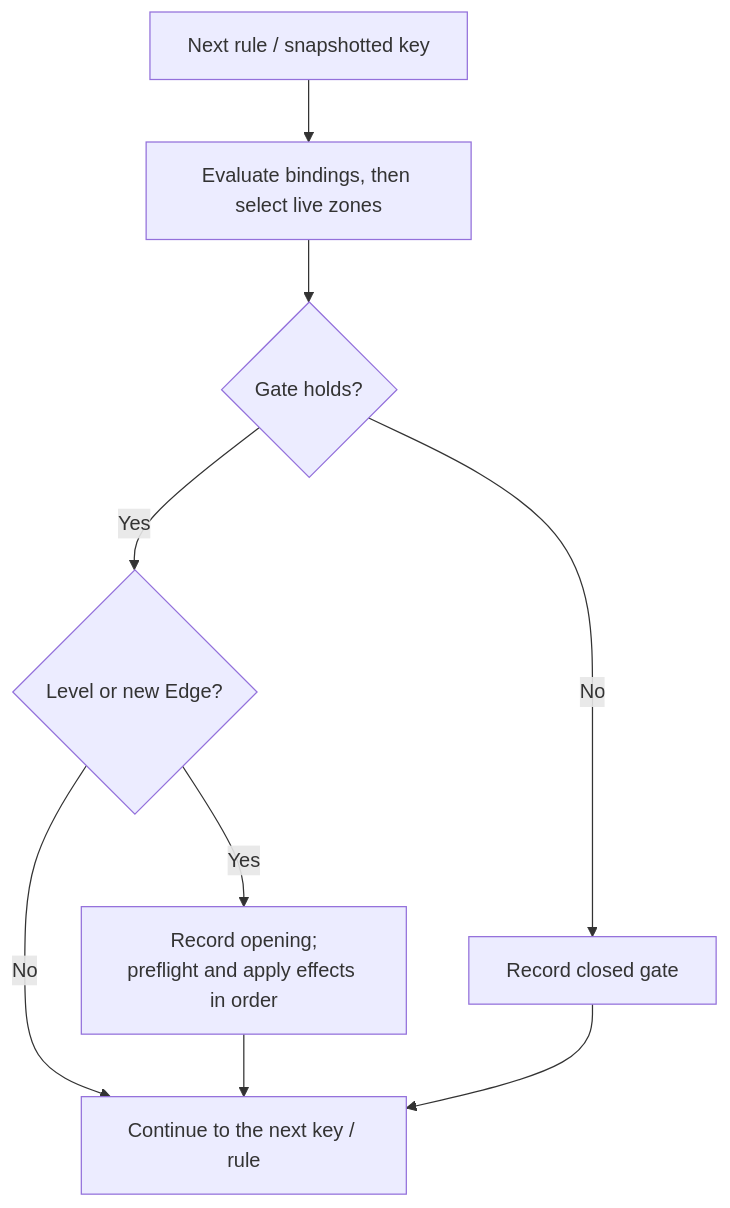
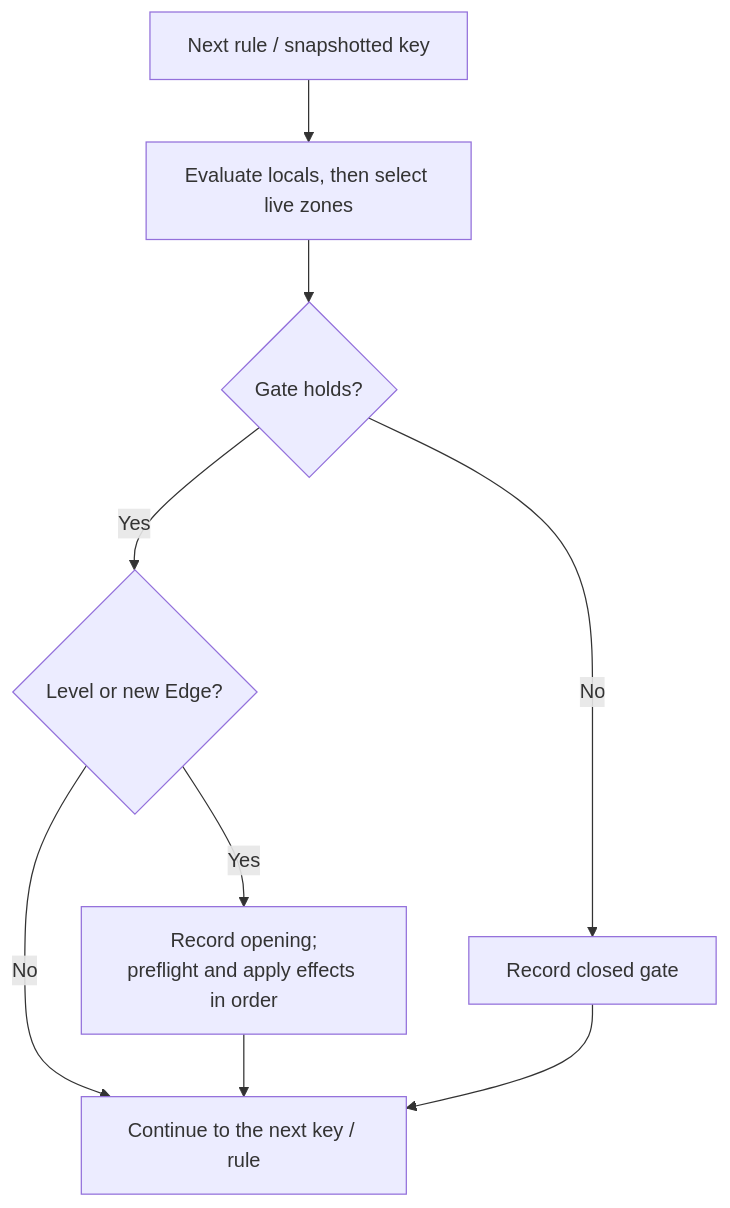
The first of 2 diagrams in docs/reference/state/rules.md (ByteTerrace/Puck), drawn with Mermaid before and after one commit. The commit also changed other lines of this file and 1500 other files, not shown here.

````diff
--- a/docs/reference/state/rules.md
+++ b/docs/reference/state/rules.md
@@ -26,11 +26,11 @@
 ```mermaid
 flowchart TD
-    Begin["Next rule / snapshotted key"] --> Prepare["Evaluate bindings, then select live zones"]
+    Begin["Next rule / snapshotted key"] --> Prepare["Evaluate locals, then select live zones"]
     Prepare --> Gate{"Gate holds?"}
     Gate -- No --> Closed["Record closed gate"]
     Gate -- Yes --> Mode{"Level or new Edge?"}
     Mode -- No --> Next["Continue to the next key / rule"]
     Mode -- Yes --> Effects["Record opening;<br/>preflight and apply effects in order"]
     Effects --> Next
     Closed --> Next
 ```
````
